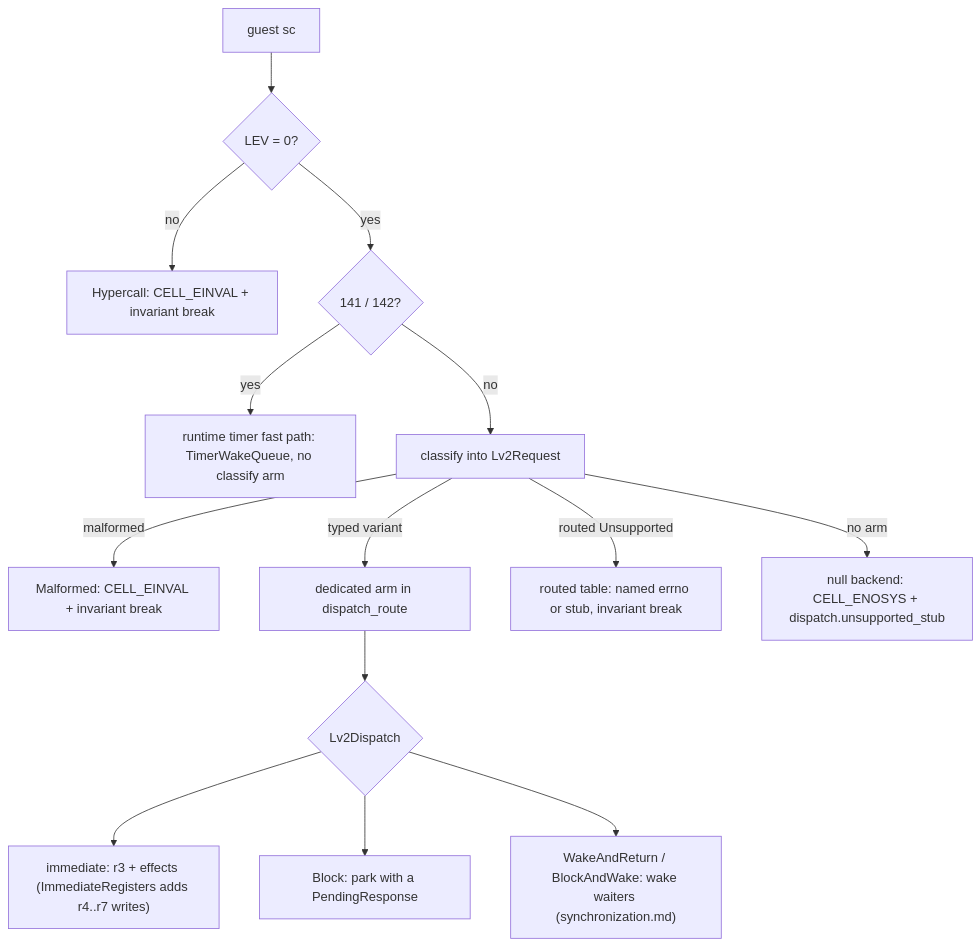
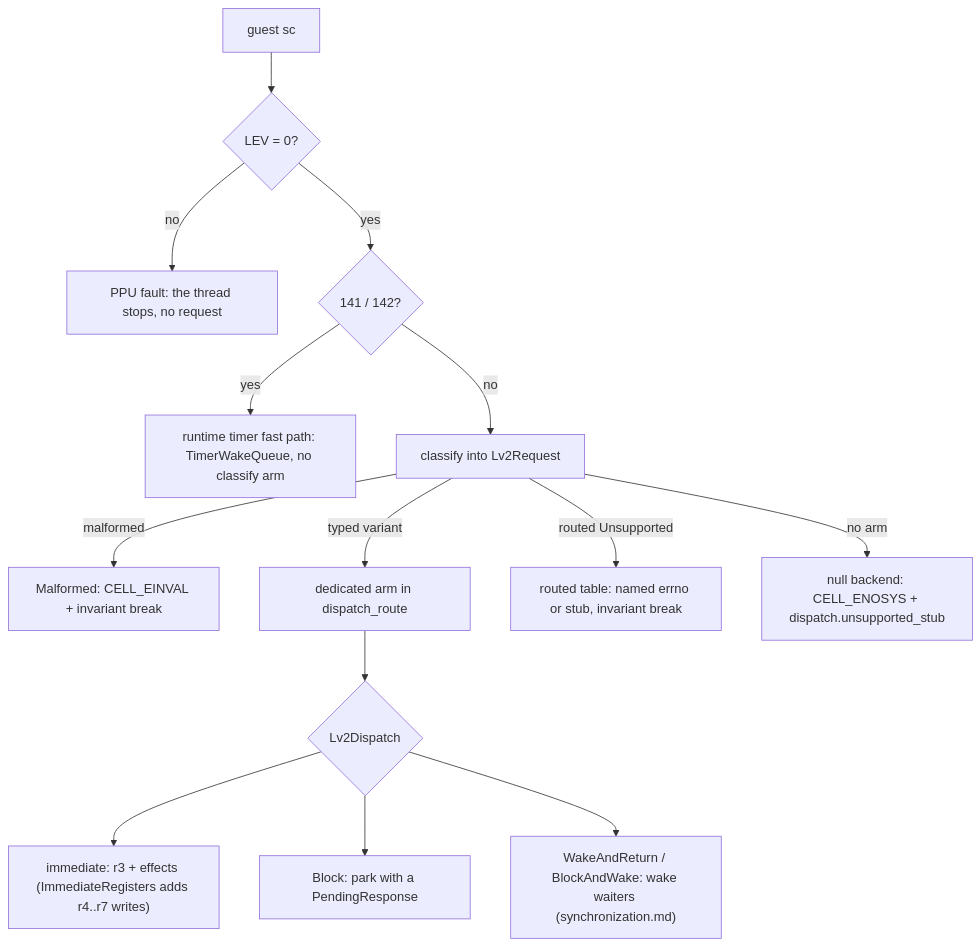
One commit to RoyalAce22/CellGov changed the first of 4 diagrams in docs/architecture/lv2_host.md. Above: the diagram before and after it, drawn with Mermaid. The commit also changed other lines of this file and 29 other files, not shown here.

Commit message:
fix(ppu): ignore reserved sc LEV bits and stop the thread on sc LEV 1

````diff
--- a/docs/architecture/lv2_host.md
+++ b/docs/architecture/lv2_host.md
@@ -14,16 +14,16 @@
 ```mermaid
 flowchart TD
   sc["guest sc"] --> lev{"LEV = 0?"}
-  lev -->|no| hyp["Hypercall: CELL_EINVAL + invariant break"]
+  lev -->|no| hyp["PPU fault: the thread stops, no request"]
   lev -->|yes| timer{"141 / 142?"}
   timer -->|yes| fast["runtime timer fast path: TimerWakeQueue, no classify arm"]
   timer -->|no| classify["classify into Lv2Request"]
   classify -->|malformed| mal["Malformed: CELL_EINVAL + invariant break"]
   classify -->|typed variant| arm["dedicated arm in dispatch_route"]
   classify -->|routed Unsupported| routed["routed table: named errno or stub, invariant break"]
   classify -->|no arm| null["null backend: CELL_ENOSYS + dispatch.unsupported_stub"]
   arm --> disp{"Lv2Dispatch"}
   disp --> imm["immediate: r3 + effects (ImmediateRegisters adds r4..r7 writes)"]
   disp --> blk["Block: park with a PendingResponse"]
   disp --> wk["WakeAndReturn / BlockAndWake: wake waiters (synchronization.md)"]
 ```
````
